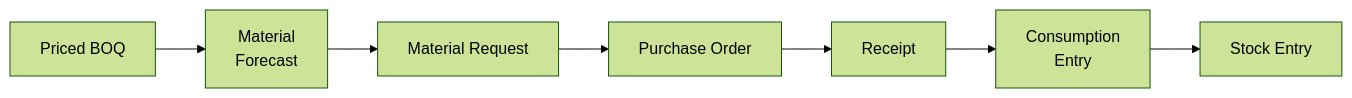
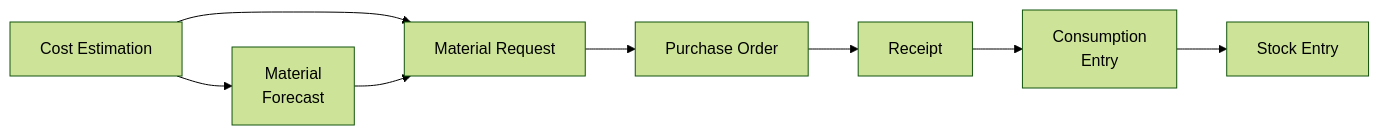
One commit to EnfonoTech/construction_management_suite changed the second of 3 diagrams in docs/user-guide.md. Above: the diagram before and after it, drawn with Mermaid (forest theme). The commit also changed other lines of this file and 26 other files, not shown here.

````diff
--- a/docs/user-guide.md
+++ b/docs/user-guide.md
@@ -218,9 +249,10 @@
 ```mermaid
 flowchart LR
-  BOQ[Priced BOQ] --> MF[Material<br/>Forecast]
+  CE[Cost Estimation] --> MF[Material<br/>Forecast]
+  CE --> MR
   MF --> MR[Material Request]
   MR --> PO[Purchase Order]
   PO --> PR[Receipt]
   PR --> MCE[Consumption<br/>Entry]
   MCE --> SE[Stock Entry]
 ```
````
